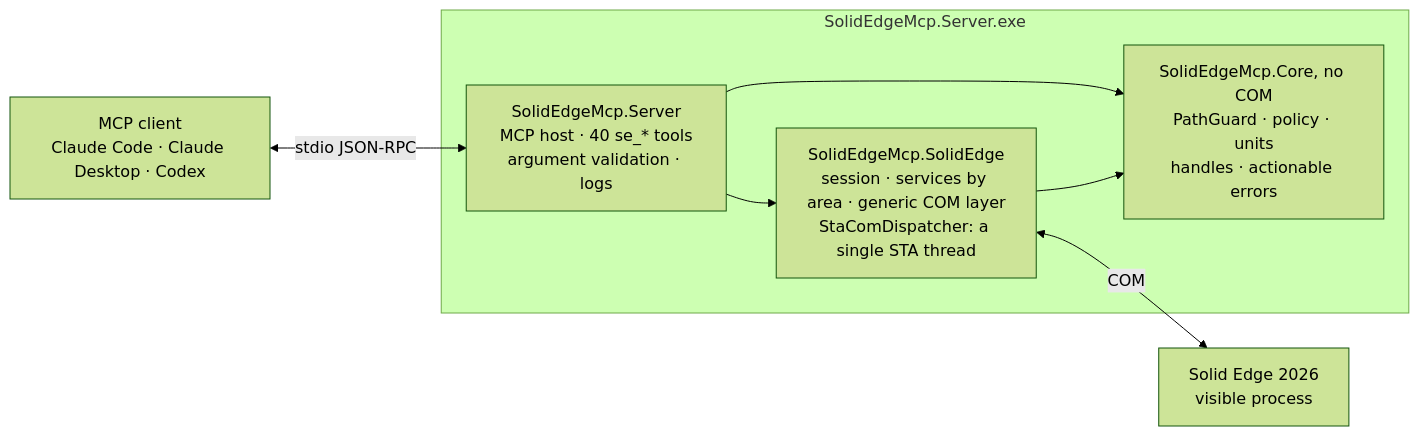
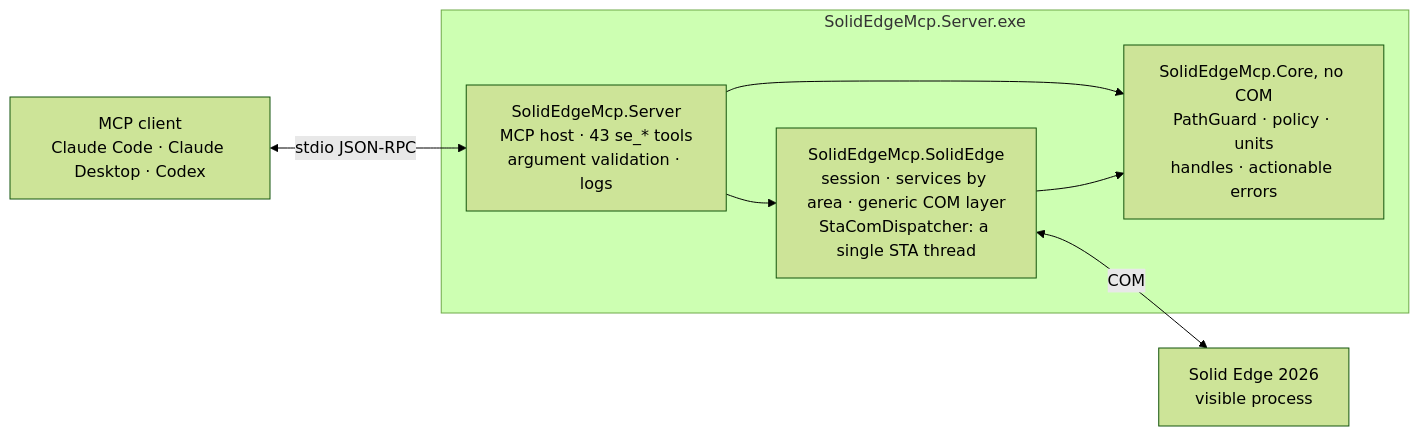
One commit to gabichuuuuu/solid-edge-mcp changed the diagram in README.md. Above: the diagram before and after it, drawn with Mermaid (forest theme). The commit also changed other lines of this file and 2 other files, not shown here.

````diff
--- a/README.md
+++ b/README.md
@@ -136,18 +140,18 @@
 ```mermaid
 flowchart LR
     client["MCP client<br/>Claude Code · Claude Desktop · Codex"]
 
     subgraph exe ["SolidEdgeMcp.Server.exe"]
-        server["SolidEdgeMcp.Server<br/>MCP host · 40 se_* tools<br/>argument validation · logs"]
+        server["SolidEdgeMcp.Server<br/>MCP host · 43 se_* tools<br/>argument validation · logs"]
         se["SolidEdgeMcp.SolidEdge<br/>session · services by area · generic COM layer<br/>StaComDispatcher: a single STA thread"]
         core["SolidEdgeMcp.Core, no COM<br/>PathGuard · policy · units<br/>handles · actionable errors"]
         server --> se
         server --> core
         se --> core
     end
 
     app["Solid Edge 2026<br/>visible process"]
 
     client <-->|stdio JSON-RPC| server
     se <-->|COM| app
 ```
````
